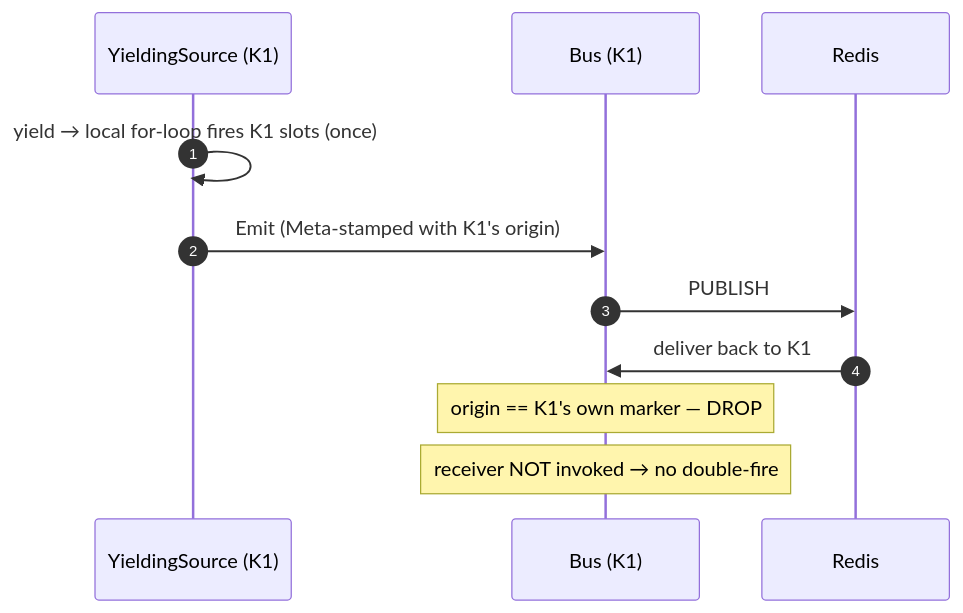
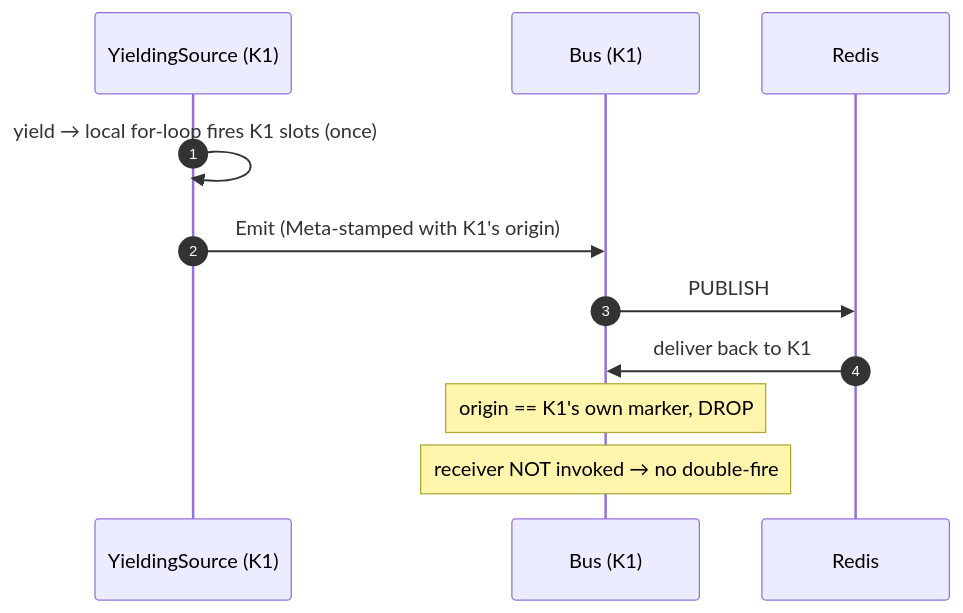
One commit to panyam/mcpkit changed diagram 19 of 22 in docs/MULTI_REPLICA.md. Above: the diagram before and after it, drawn with Mermaid. The commit also changed other lines of this file and 13 other files, not shown here.

````diff
--- a/docs/MULTI_REPLICA.md
+++ b/docs/MULTI_REPLICA.md
@@ -687,14 +687,14 @@
 ```mermaid
 sequenceDiagram
     autonumber
     participant Src as YieldingSource (K1)
     participant Bus as Bus (K1)
     participant Redis as Redis
 
     Src->>Src: yield → local for-loop fires K1 slots (once)
     Src->>Bus: Emit (Meta-stamped with K1's origin)
     Bus->>Redis: PUBLISH
     Redis->>Bus: deliver back to K1
-    Note over Bus: origin == K1's own marker — DROP
+    Note over Bus: origin == K1's own marker, DROP
     Note over Bus: receiver NOT invoked → no double-fire
 ```
````
